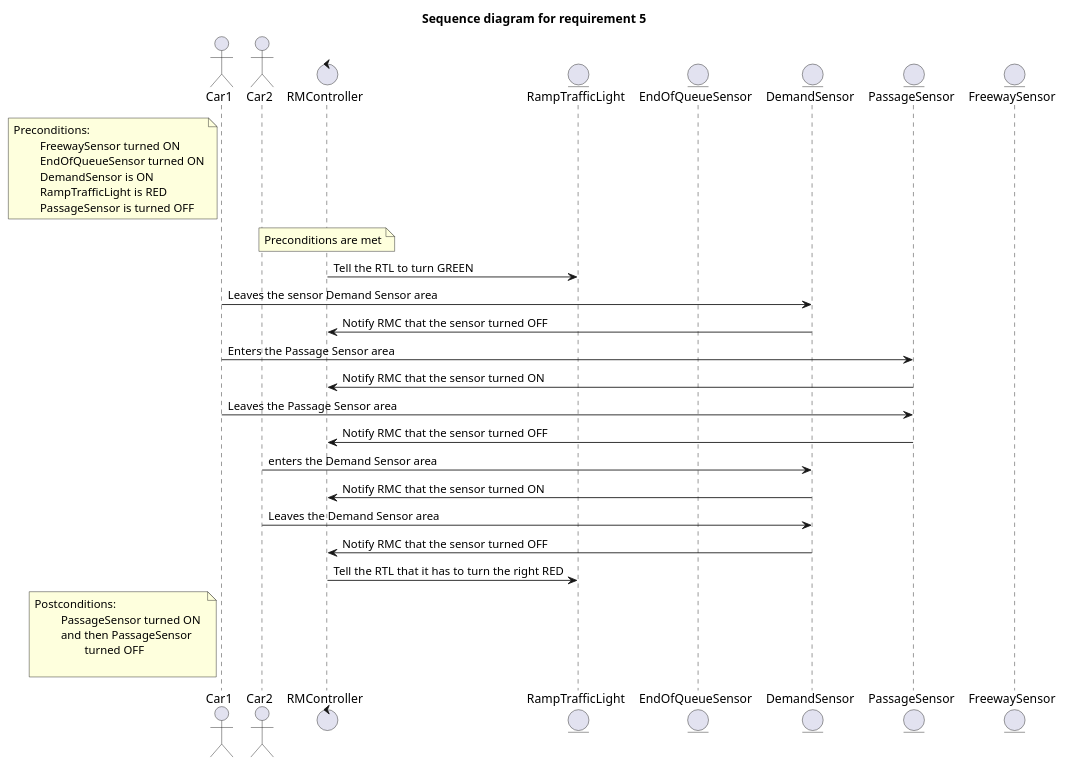
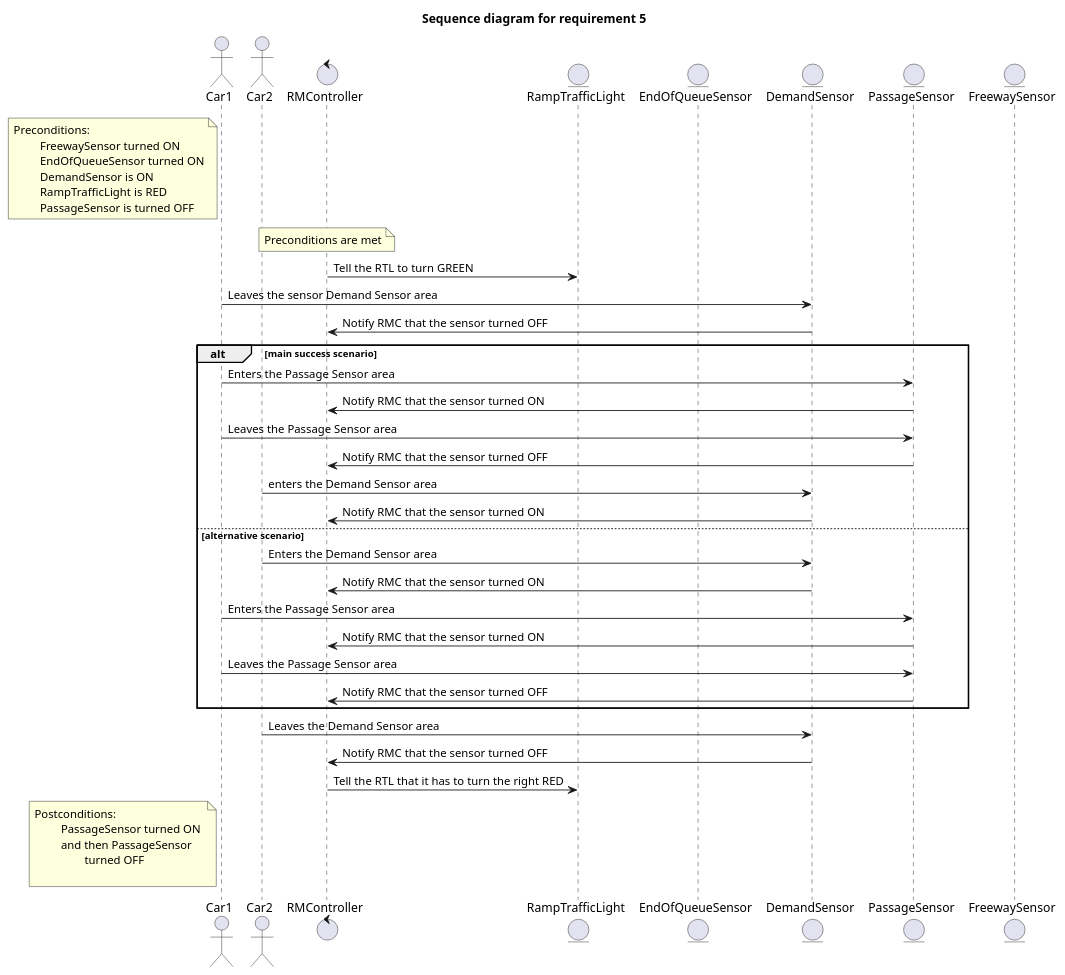
The diagram in 01_RequirementsChecking/sequence_diagram_req5.puml (MaksimKarnaukh/MoSIS), drawn with PlantUML before and after one commit.

```diff
--- a/01_RequirementsChecking/sequence_diagram_req5.puml
+++ b/01_RequirementsChecking/sequence_diagram_req5.puml
@@ -1,51 +1,61 @@
 @startuml
 
 '5) When the FS is ON and the QS is ON,
 'if DS is turned ON, it indicates intense traffic over the ramp.
 'In this scenario, two cars must cross the TL before it turns RED.
 'Then, set TL to GREEN. After DS is OFF, ON and OFF (two cars),
 'turn TL to RED.
 
 title "Sequence diagram for requirement 5"
 
 actor Car1 as Car1
 actor Car2 as Car2
 
 control RMController as RMC
 entity RampTrafficLight as RTL
 entity EndOfQueueSensor as QS
 entity DemandSensor as DS
 entity PassageSensor as PS
 entity FreewaySensor as FS
 
 
 
 note left of Car1: Preconditions:\n\t FreewaySensor turned ON\n\t EndOfQueueSensor turned ON\n\t DemandSensor is ON\n\t RampTrafficLight is RED\n\t PassageSensor is turned OFF
 
 'below commented lines not explicitly needed because they are part of the preconditions
 'FS -> RMC: on
 'QS -> RMC: on
 'DS -> RMC: on
 
 note over RMC: Preconditions are met
 RMC -> RTL: Tell the RTL to turn GREEN
 
 
 Car1 -> DS: Leaves the sensor Demand Sensor area
 DS -> RMC: Notify RMC that the sensor turned OFF
 
-Car1 -> PS: Enters the Passage Sensor area
-PS -> RMC: Notify RMC that the sensor turned ON
-Car1 -> PS: Leaves the Passage Sensor area
-PS -> RMC: Notify RMC that the sensor turned OFF
+alt main success scenario
+    Car1 -> PS: Enters the Passage Sensor area
+    PS -> RMC: Notify RMC that the sensor turned ON
+    Car1 -> PS: Leaves the Passage Sensor area
+    PS -> RMC: Notify RMC that the sensor turned OFF
+    Car2 -> DS: enters the Demand Sensor area
+    DS -> RMC: Notify RMC that the sensor turned ON
+else alternative scenario
+    Car2 -> DS: Enters the Demand Sensor area
+    DS -> RMC: Notify RMC that the sensor turned ON
+    Car1 -> PS: Enters the Passage Sensor area
+    PS -> RMC: Notify RMC that the sensor turned ON
+    Car1 -> PS: Leaves the Passage Sensor area
+    PS -> RMC: Notify RMC that the sensor turned OFF
+end
 
-Car2 -> DS: enters the Demand Sensor area
-DS -> RMC: Notify RMC that the sensor turned ON
+
 Car2 -> DS: Leaves the Demand Sensor area
 DS -> RMC: Notify RMC that the sensor turned OFF
 
 RMC -> RTL: Tell the RTL that it has to turn the right RED
 
 note left of Car1: Postconditions:\n\t PassageSensor turned ON \n\t and then PassageSensor \n\t\t turned OFF\n\t
 
 @enduml
```
